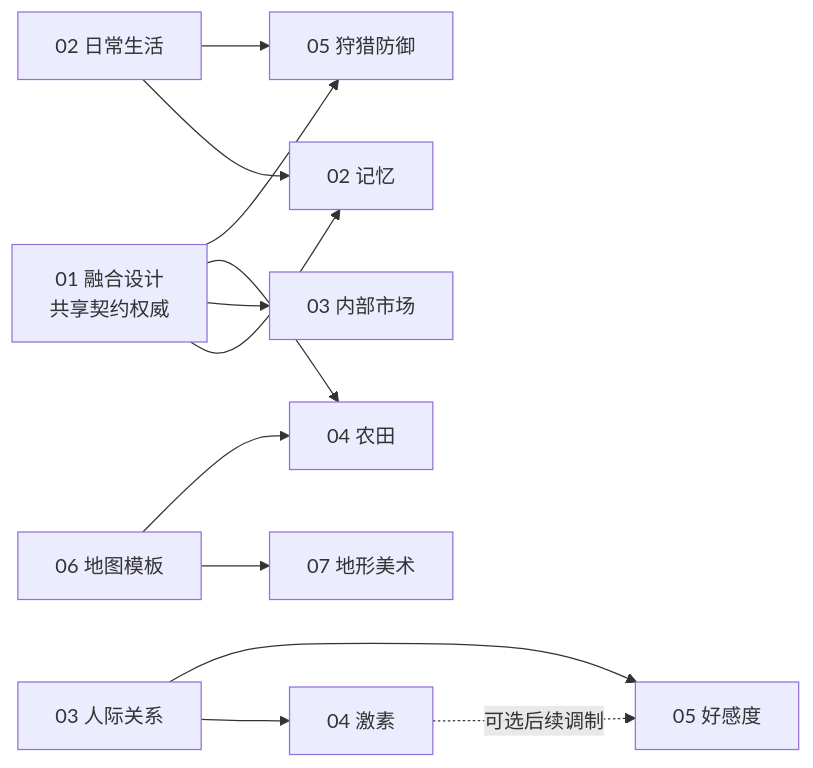
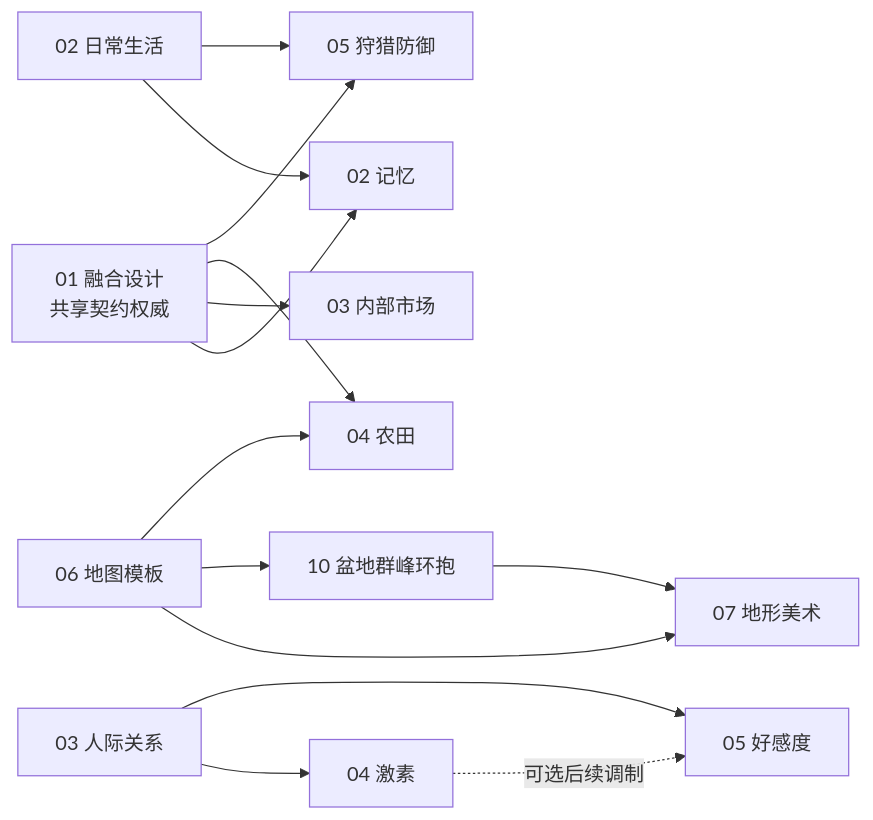
One commit to g39088902/FlowAndAccord changed the diagram in docs/plan/README.md. Above: the diagram before and after it, drawn with Mermaid. The commit also changed other lines of this file and 5 other files, not shown here.

````diff
--- a/docs/plan/README.md
+++ b/docs/plan/README.md
@@ -49,14 +50,16 @@
 ```mermaid
 graph LR
     I["01 融合设计<br/>共享契约权威"] --> M["02 记忆"]
     I --> MK["03 内部市场"]
     I --> F["04 农田"]
     I --> H["05 狩猎防御"]
     T["06 地图模板"] --> A["07 地形美术"]
+    T --> BM["10 盆地群峰环抱"]
+    BM --> A
     T --> F
     L["02 日常生活"] --> M
     L --> H
     S["03 人际关系"] --> N["04 激素"]
     S --> AF["05 好感度"]
     N -. 可选后续调制 .-> AF
 ```
````
